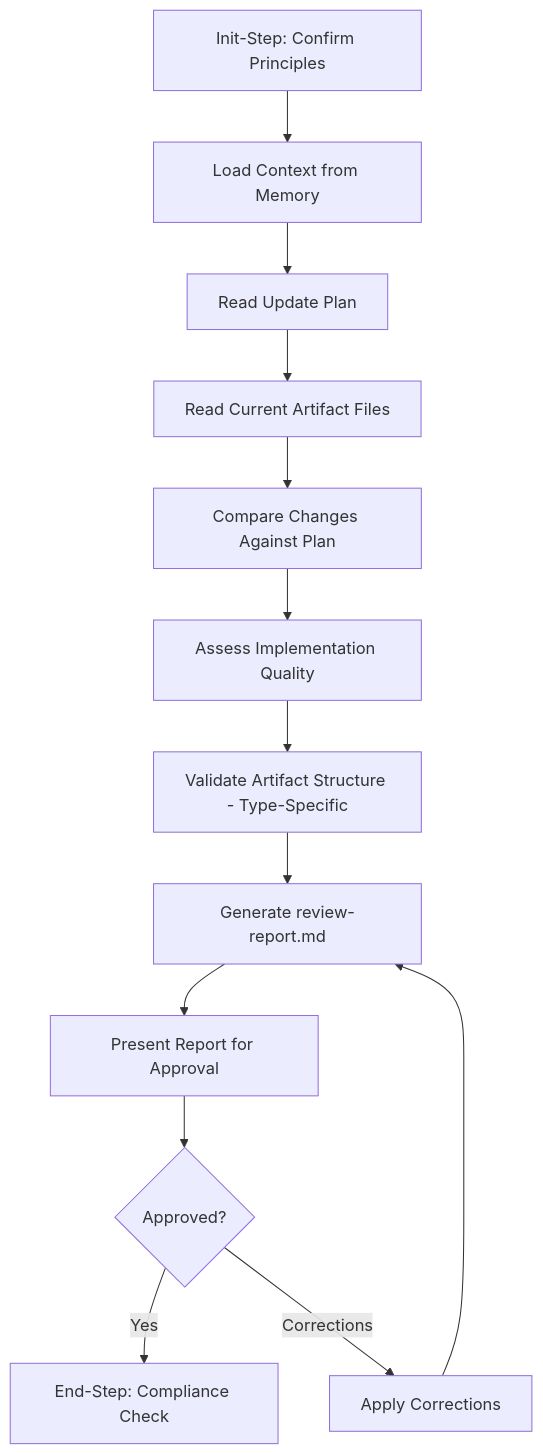
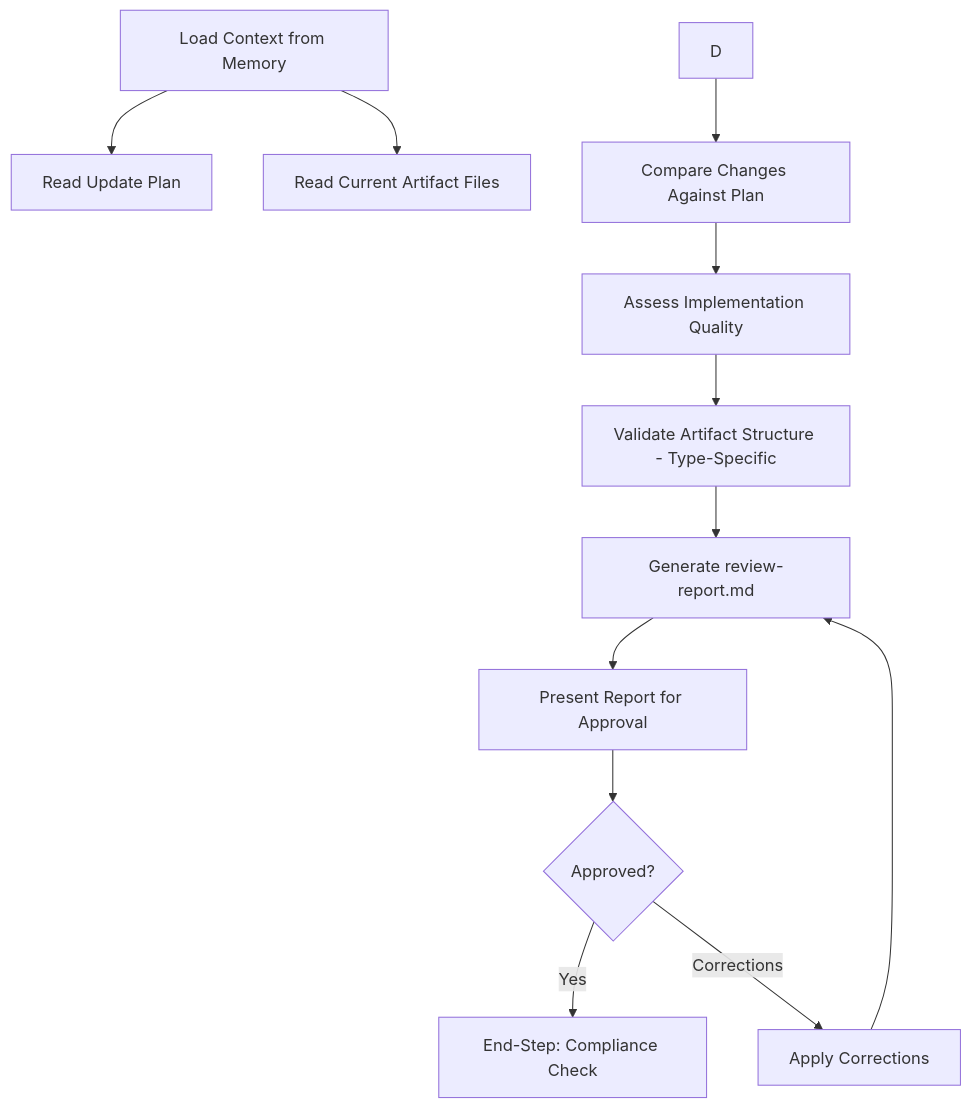
The diagram in templates/steps/common/review-and-validate-artifact-updates/review-and-validate-artifact-updates.md (HMTools/agentic-processes-templates), drawn with Mermaid before and after one commit. The commit also changed other lines of this file and 64 other files, not shown here.

````diff
--- a/templates/steps/common/review-and-validate-artifact-updates/review-and-validate-artifact-updates.md
+++ b/templates/steps/common/review-and-validate-artifact-updates/review-and-validate-artifact-updates.md
@@ -47,15 +47,14 @@
 ```mermaid
 graph TD
-    A[Init-Step: Confirm Principles] --> B[Load Context from Memory]
-    B --> C[Read Update Plan]
-    C --> D[Read Current Artifact Files]
+    A[Load Context from Memory] --> B[Read Update Plan]
+    A --> C[Read Current Artifact Files]
     D --> E[Compare Changes Against Plan]
     E --> F[Assess Implementation Quality]
     F --> G[Validate Artifact Structure - Type-Specific]
     G --> H[Generate review-report.md]
     H --> I[Present Report for Approval]
     I --> J{Approved?}
     J -->|Yes| K[End-Step: Compliance Check]
     J -->|Corrections| L[Apply Corrections]
     L --> H
 ```
````
